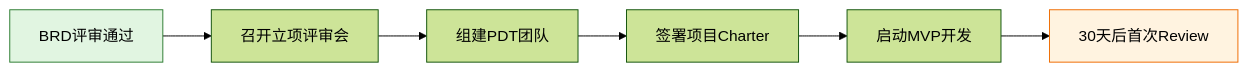
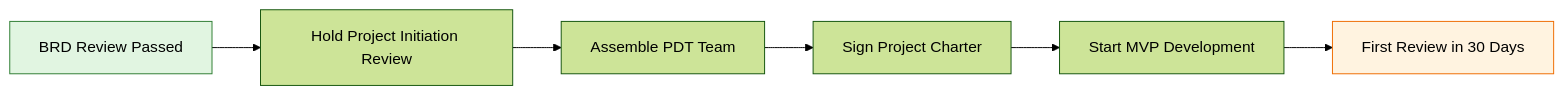
Before and after one commit to Kirky-X/cangjie: the eighth of 9 diagrams in templates/产品/战略层/【模板】商业需求文档.md, drawn with Mermaid (forest theme). The commit also changed other lines of this file and 46 other files, not shown here.

````diff
--- a/templates/产品/战略层/【模板】商业需求文档.md
+++ b/templates/产品/战略层/【模板】商业需求文档.md
@@ -440,10 +440,10 @@
 ```mermaid
 flowchart LR
-    A[BRD评审通过] --> B[召开立项评审会]
-    B --> C[组建PDT团队]
-    C --> D[签署项目Charter]
-    D --> E[启动MVP开发]
-    E --> F[30天后首次Review]
+    A[BRD Review Passed] --> B[Hold Project Initiation Review]
+    B --> C[Assemble PDT Team]
+    C --> D[Sign Project Charter]
+    D --> E[Start MVP Development]
+    E --> F[First Review in 30 Days]
     style A fill:#e1f5e1,stroke:#2e7d32
     style F fill:#fff3e0,stroke:#ef6c00
 ```
````
